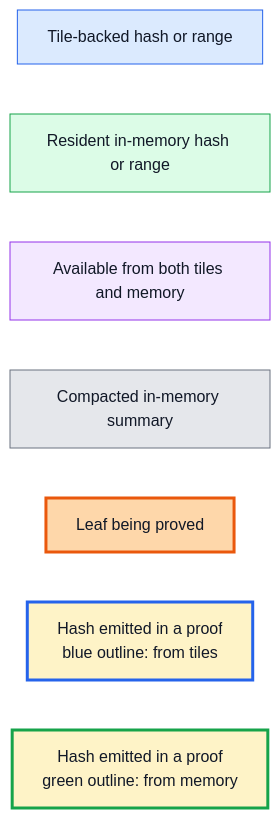
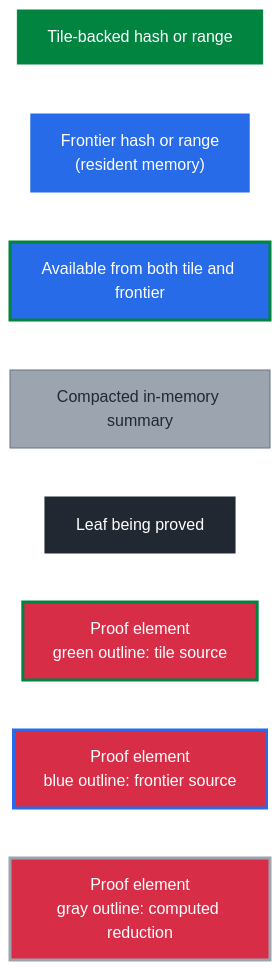
Before and after one commit to microsoft/merklecpp: the first of 20 diagrams in doc/tiles-illustrated.rst, drawn with Mermaid. The commit also changed other lines of this file, not shown here.

First line of the commit message:
Align illustrated guide with proof atlas

```diff
--- a/doc/tiles-illustrated.rst
+++ b/doc/tiles-illustrated.rst
@@ -75,25 +75,28 @@
 .. mermaid::
 
    flowchart TB
      T["Tile-backed hash or range"]:::tile
-     M["Resident in-memory hash or range"]:::memory
-     B["Available from both tiles and memory"]:::both
+     M["Frontier hash or range<br/>(resident memory)"]:::memory
+     B["Available from both tile and frontier"]:::both
      S["Compacted in-memory summary"]:::summary
      X["Leaf being proved"]:::target
-     PT["Hash emitted in a proof<br/>blue outline: from tiles"]:::proofTile
-     PM["Hash emitted in a proof<br/>green outline: from memory"]:::proofMemory
+     PT["Proof element<br/>green outline: tile source"]:::proofTile
+     PM["Proof element<br/>blue outline: frontier source"]:::proofMemory
+     PC["Proof element<br/>gray outline: computed reduction"]:::proofComputed
 
      T ~~~ M
      M ~~~ B
      B ~~~ S
      S ~~~ X
      X ~~~ PT
      PT ~~~ PM
+     PM ~~~ PC
 
-     classDef tile fill:#dbeafe,stroke:#2563eb,color:#111827
-     classDef memory fill:#dcfce7,stroke:#16a34a,color:#111827
-     classDef both fill:#f3e8ff,stroke:#9333ea,color:#111827
-     classDef summary fill:#e5e7eb,stroke:#6b7280,color:#111827
-     classDef target fill:#fed7aa,stroke:#ea580c,stroke-width:3px,color:#111827
-     classDef proofTile fill:#fef3c7,stroke:#2563eb,stroke-width:3px,color:#111827
-     classDef proofMemory fill:#fef3c7,stroke:#16a34a,stroke-width:3px,color:#111827
+     classDef tile fill:#00843f,stroke:#00843f,color:#ffffff
+     classDef memory fill:#276be9,stroke:#276be9,color:#ffffff
+     classDef both fill:#276be9,stroke:#00843f,stroke-width:3px,color:#ffffff
+     classDef summary fill:#9ca4af,stroke:#677384,color:#222832
+     classDef target fill:#222832,stroke:#222832,stroke-width:3px,color:#ffffff
+     classDef proofTile fill:#d72d47,stroke:#00843f,stroke-width:3px,color:#ffffff
+     classDef proofMemory fill:#d72d47,stroke:#276be9,stroke-width:3px,color:#ffffff
+     classDef proofComputed fill:#d72d47,stroke:#9ca4af,stroke-width:3px,color:#ffffff
```
